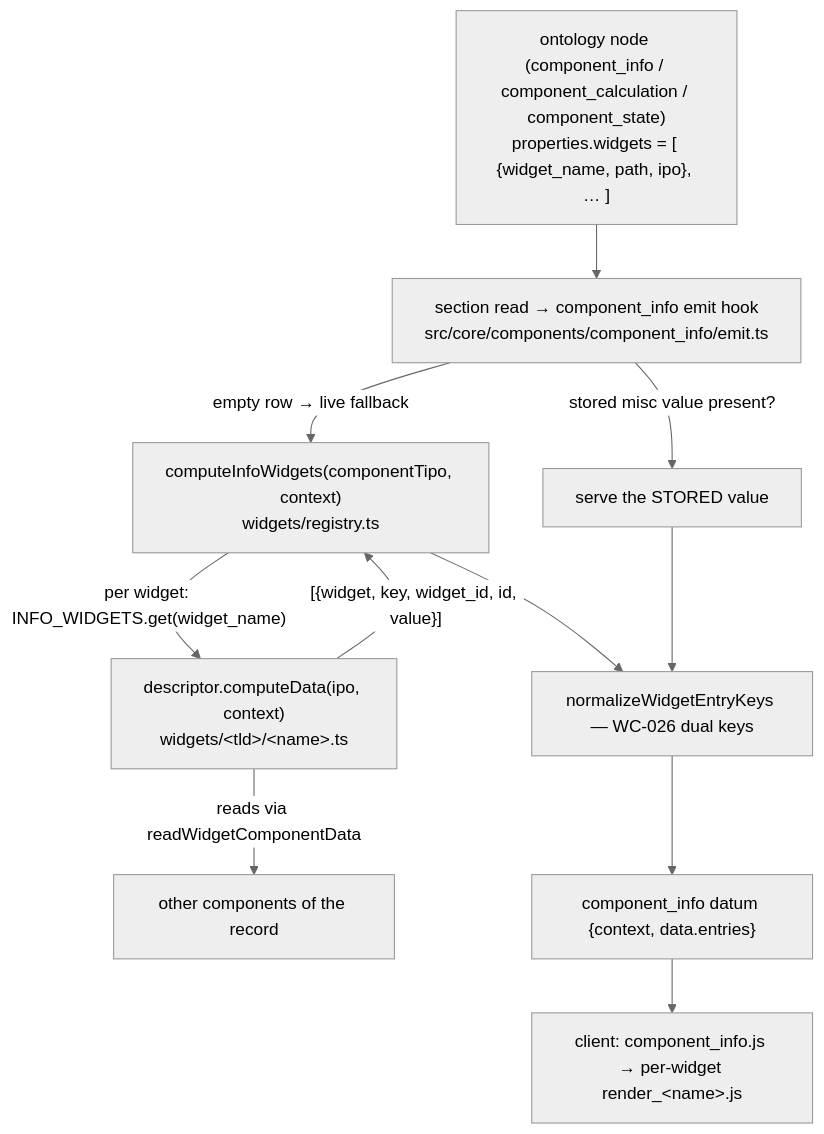
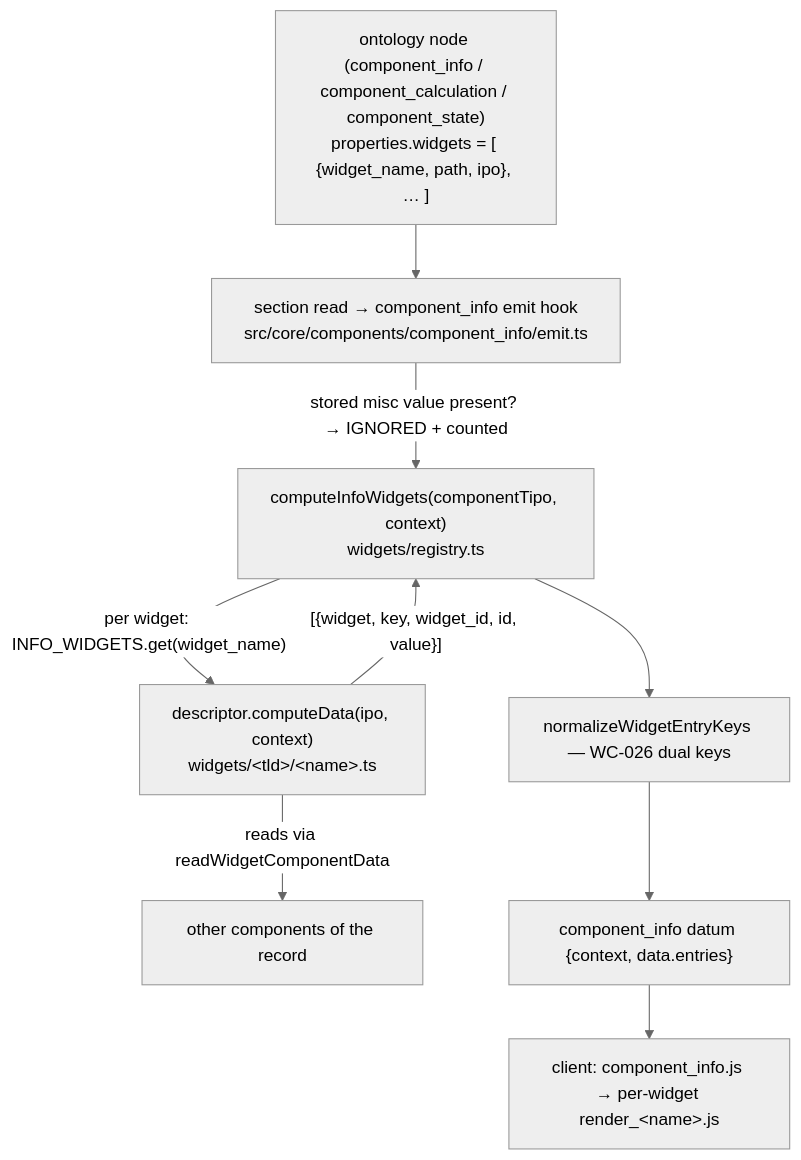
Before and after one commit to renderpci/dedalo: the diagram in docs/core/components/component_info.md, drawn with Mermaid (neutral theme). The commit also changed other lines of this file and 130 other files, not shown here.

````diff
--- a/docs/core/components/component_info.md
+++ b/docs/core/components/component_info.md
@@ -57,14 +57,12 @@
 ```mermaid
 flowchart TB
     ONT["ontology node (component_info / component_calculation / component_state)<br/>properties.widgets = [ {widget_name, path, ipo}, … ]"]
     ONT --> EMIT["section read → component_info emit hook<br/>src/core/components/component_info/emit.ts"]
-    EMIT -->|"stored misc value present?"| STORED["serve the STORED value"]
-    EMIT -->|"empty row → live fallback"| REG["computeInfoWidgets(componentTipo, context)<br/>widgets/registry.ts"]
+    EMIT -->|"stored misc value present? → IGNORED + counted"| REG["computeInfoWidgets(componentTipo, context)<br/>widgets/registry.ts"]
     REG -->|"per widget: INFO_WIDGETS.get(widget_name)"| W["descriptor.computeData(ipo, context)<br/>widgets/&lt;tld&gt;/&lt;name&gt;.ts"]
     W -->|"reads via readWidgetComponentData"| COMP["other components of the record"]
     W -->|"[{widget, key, widget_id, id, value}]"| REG
     REG --> NORM["normalizeWidgetEntryKeys — WC-026 dual keys"]
-    STORED --> NORM
     NORM --> DDO["component_info datum {context, data.entries}"]
     DDO --> CL["client: component_info.js → per-widget render_&lt;name&gt;.js"]
 ```
````
